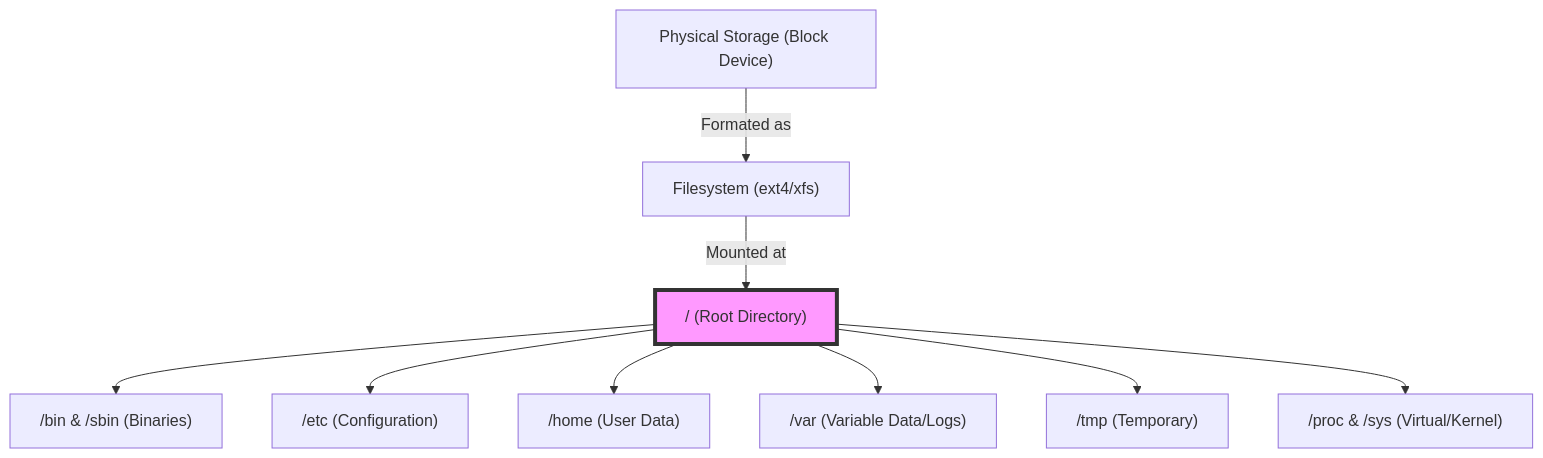
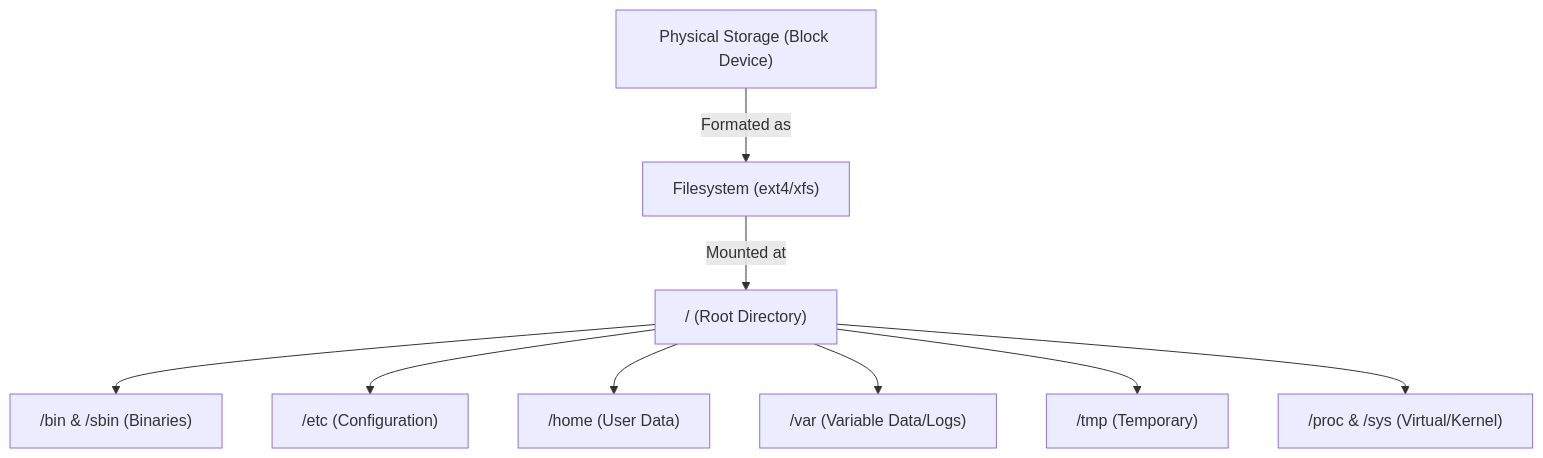
One commit to arira-ai/ar_linux changed the first of 3 diagrams in 01-filesystem-basics/01-filesystem-basics.md. Above: the diagram before and after it, drawn with Mermaid.

````diff
--- a/01-filesystem-basics/01-filesystem-basics.md
+++ b/01-filesystem-basics/01-filesystem-basics.md
@@ -22,29 +22,26 @@
 ```mermaid
 flowchart TD
     %% Define Nodes with IDs and clear labels
     DISK["Physical Storage (Block Device)"]
     FS["Filesystem (ext4/xfs)"]
     
     ROOT["/ (Root Directory)"]
     
     BIN["/bin & /sbin (Binaries)"]
     ETC["/etc (Configuration)"]
     HOME["/home (User Data)"]
     VAR["/var (Variable Data/Logs)"]
     TMP["/tmp (Temporary)"]
     PROC["/proc & /sys (Virtual/Kernel)"]
 
     %% Hierarchy Flow
     DISK -- "Formated as" --> FS
     FS -- "Mounted at" --> ROOT
     
     ROOT --> BIN
     ROOT --> ETC
     ROOT --> HOME
     ROOT --> VAR
     ROOT --> TMP
     ROOT --> PROC
-
-    %% Styling for clarity
-    style ROOT fill:#f9f,stroke:#333,stroke-width:4px
 ```
````
